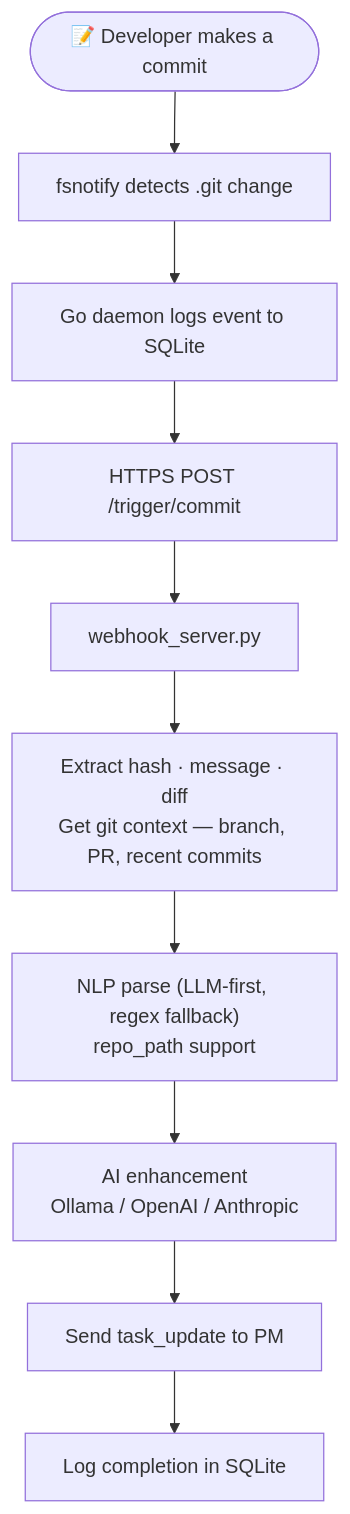
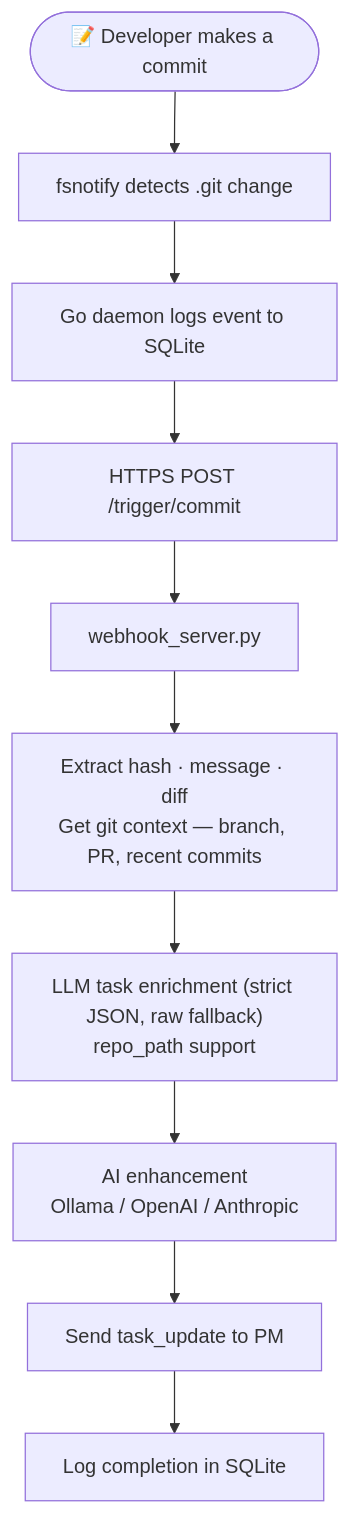
One commit to sraj0501/Devtrack_ changed the second of 5 diagrams in devtrack_wiki/wiki/docs/ARCHITECTURE.md. Above: the diagram before and after it, drawn with Mermaid. The commit also changed other lines of this file and 46 other files, not shown here.

Commit message:
feat(TASK-142): replace legacy NLP parser with LLM enrichment

````diff
--- a/devtrack_wiki/wiki/docs/ARCHITECTURE.md
+++ b/devtrack_wiki/wiki/docs/ARCHITECTURE.md
@@ -177,12 +177,12 @@
 ```mermaid
 flowchart TD
     A(["📝 Developer makes a commit"]) --> B["fsnotify detects .git change"]
     B --> C["Go daemon logs event to SQLite"]
     C --> D["HTTPS POST /trigger/commit"]
     D --> E["webhook_server.py"]
     E --> F["Extract hash · message · diff\nGet git context — branch, PR, recent commits"]
-    F --> G["NLP parse (LLM-first, regex fallback)\nrepo_path support"]
+    F --> G["LLM task enrichment (strict JSON, raw fallback)\nrepo_path support"]
     G --> H["AI enhancement\nOllama / OpenAI / Anthropic"]
     H --> I["Send task_update to PM"]
     I --> J["Log completion in SQLite"]
 ```
````
